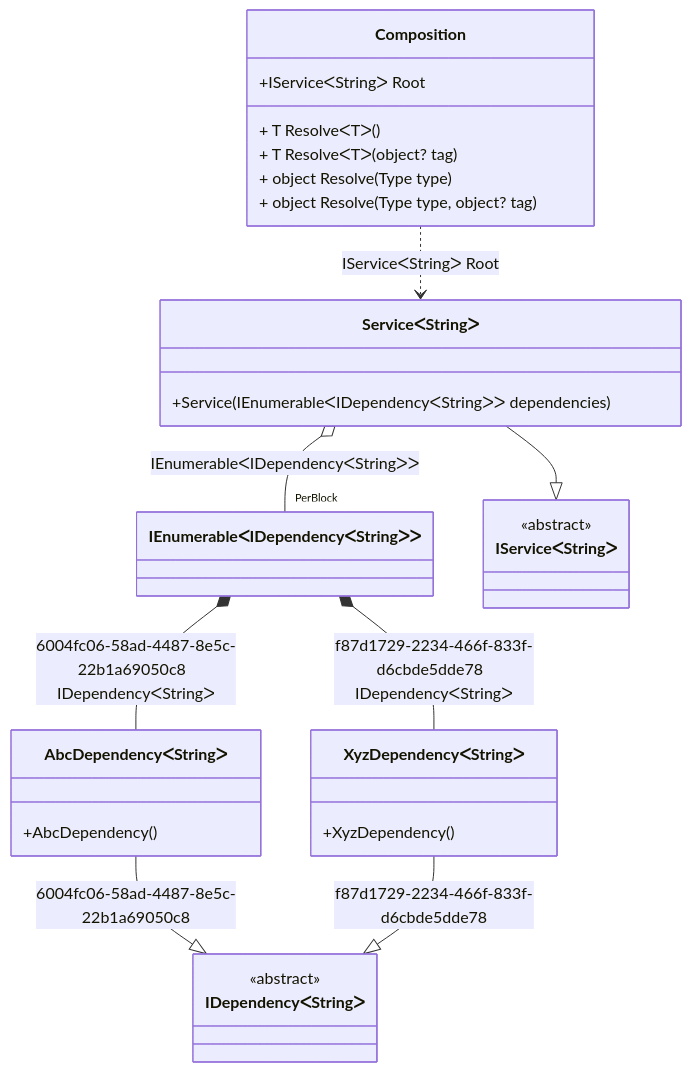
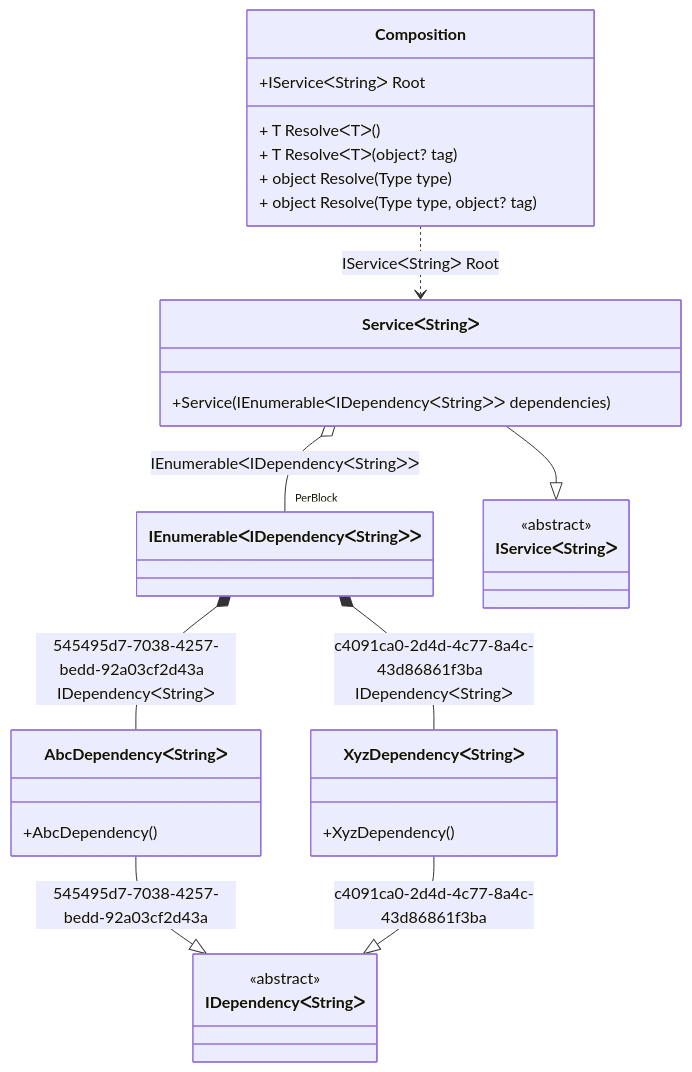
One commit to DevTeam/Pure.DI changed the diagram in readme/tag-unique.md. Above: the diagram before and after it, drawn with Mermaid. The commit also changed other lines of this file and 75 other files, not shown here.

````diff
--- a/readme/tag-unique.md
+++ b/readme/tag-unique.md
@@ -39,33 +39,33 @@
 ```mermaid
 classDiagram
   class Composition {
     +IServiceᐸStringᐳ Root
     + T ResolveᐸTᐳ()
     + T ResolveᐸTᐳ(object? tag)
     + object Resolve(Type type)
     + object Resolve(Type type, object? tag)
   }
   class IEnumerableᐸIDependencyᐸStringᐳᐳ
-  AbcDependencyᐸStringᐳ --|> IDependencyᐸStringᐳ : 6004fc06-58ad-4487-8e5c-22b1a69050c8 
+  AbcDependencyᐸStringᐳ --|> IDependencyᐸStringᐳ : 545495d7-7038-4257-bedd-92a03cf2d43a 
   class AbcDependencyᐸStringᐳ {
     +AbcDependency()
   }
-  XyzDependencyᐸStringᐳ --|> IDependencyᐸStringᐳ : f87d1729-2234-466f-833f-d6cbde5dde78 
+  XyzDependencyᐸStringᐳ --|> IDependencyᐸStringᐳ : c4091ca0-2d4d-4c77-8a4c-43d86861f3ba 
   class XyzDependencyᐸStringᐳ {
     +XyzDependency()
   }
   ServiceᐸStringᐳ --|> IServiceᐸStringᐳ : 
   class ServiceᐸStringᐳ {
     +Service(IEnumerableᐸIDependencyᐸStringᐳᐳ dependencies)
   }
   class IDependencyᐸStringᐳ {
     <<abstract>>
   }
   class IServiceᐸStringᐳ {
     <<abstract>>
   }
-  IEnumerableᐸIDependencyᐸStringᐳᐳ *--  AbcDependencyᐸStringᐳ : 6004fc06-58ad-4487-8e5c-22b1a69050c8  IDependencyᐸStringᐳ
-  IEnumerableᐸIDependencyᐸStringᐳᐳ *--  XyzDependencyᐸStringᐳ : f87d1729-2234-466f-833f-d6cbde5dde78  IDependencyᐸStringᐳ
+  IEnumerableᐸIDependencyᐸStringᐳᐳ *--  AbcDependencyᐸStringᐳ : 545495d7-7038-4257-bedd-92a03cf2d43a  IDependencyᐸStringᐳ
+  IEnumerableᐸIDependencyᐸStringᐳᐳ *--  XyzDependencyᐸStringᐳ : c4091ca0-2d4d-4c77-8a4c-43d86861f3ba  IDependencyᐸStringᐳ
   Composition ..> ServiceᐸStringᐳ : IServiceᐸStringᐳ Root
   ServiceᐸStringᐳ o--  "PerBlock" IEnumerableᐸIDependencyᐸStringᐳᐳ : IEnumerableᐸIDependencyᐸStringᐳᐳ
 ```
````
